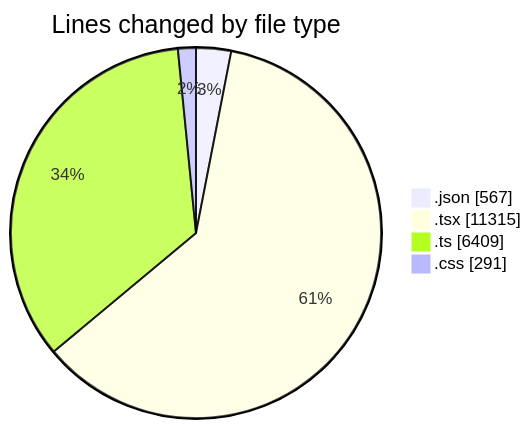
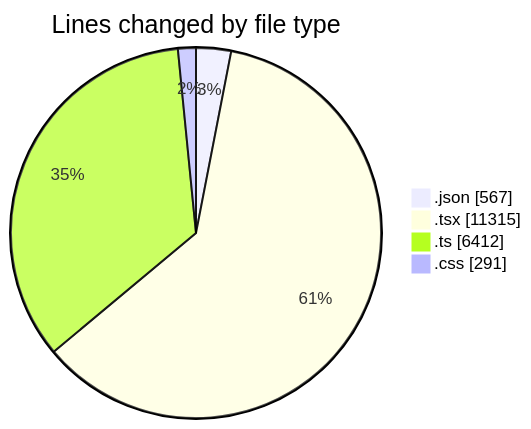
The first of 2 diagrams in 2025-10-07/eventscop-frontend-guide__workspace_/README.md (julien-gomy/code-tracking), drawn with Mermaid before and after one commit. The commit also changed other lines of this file and 1 other file, not shown here.

````diff
--- a/2025-10-07/eventscop-frontend-guide__workspace_/README.md
+++ b/2025-10-07/eventscop-frontend-guide__workspace_/README.md
@@ -96,8 +96,8 @@
 ```mermaid
 pie showData
 title Lines changed by file type
 ".json" : 567
 ".tsx" : 11315
-".ts" : 6409
+".ts" : 6412
 ".css" : 291
 ```
````
